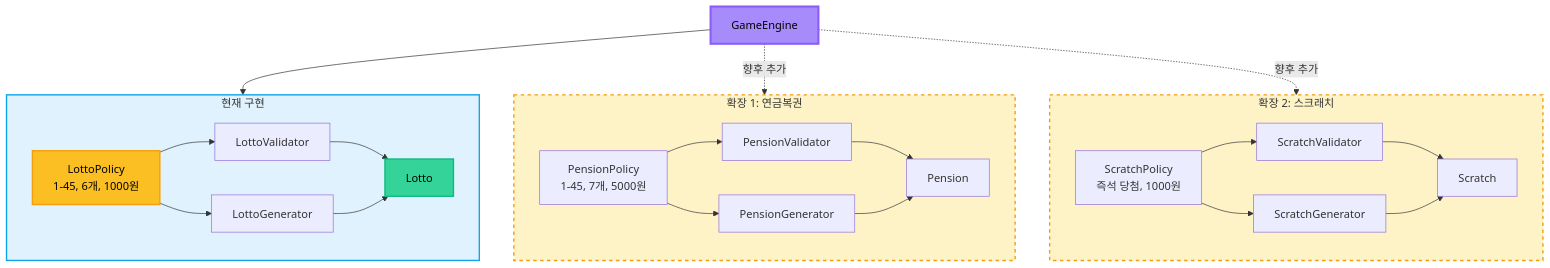
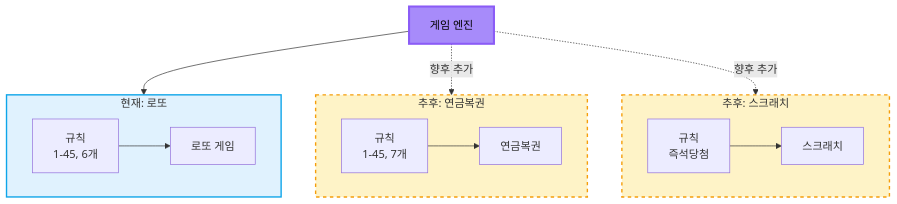
The second of 5 diagrams in README.md (luminox93/java-lotto-8), drawn with Mermaid before and after one commit. The commit also changed other lines of this file, not shown here.

````diff
--- a/README.md
+++ b/README.md
@@ -118,34 +69,23 @@
 ```mermaid
 graph TB
-    subgraph Current[현재 구현]
-        LP[LottoPolicy<br/>1-45, 6개, 1000원] --> LV[LottoValidator]
-        LP --> LG[LottoGenerator]
-        LV --> L[Lotto]
-        LG --> L
+    subgraph Current[현재: 로또]
+        LottoRule[규칙<br/>1-45, 6개] --> LottoGame[로또 게임]
     end
 
-    subgraph Future1[확장 1: 연금복권]
-        PP[PensionPolicy<br/>1-45, 7개, 5000원] --> PV[PensionValidator]
-        PP --> PGN[PensionGenerator]
-        PV --> P[Pension]
-        PGN --> P
+    subgraph Future1[추후: 연금복권]
+        PensionRule[규칙<br/>1-45, 7개] --> PensionGame[연금복권]
     end
 
-    subgraph Future2[확장 2: 스크래치]
-        SP[ScratchPolicy<br/>즉석 당첨, 1000원] --> SV[ScratchValidator]
-        SP --> SG[ScratchGenerator]
-        SV --> S[Scratch]
-        SG --> S
+    subgraph Future2[추후: 스크래치]
+        ScratchRule[규칙<br/>즉석당첨] --> ScratchGame[스크래치]
     end
 
-    Engine[GameEngine] --> Current
-    Engine -.향후 추가.-> Future1
-    Engine -.향후 추가.-> Future2
+    GameEngine[게임 엔진] --> Current
+    GameEngine -.향후 추가.-> Future1
+    GameEngine -.향후 추가.-> Future2
 
     style Current fill:#e0f2fe,stroke:#0ea5e9,stroke-width:2px
     style Future1 fill:#fef3c7,stroke:#f59e0b,stroke-width:2px,stroke-dasharray: 5 5
     style Future2 fill:#fef3c7,stroke:#f59e0b,stroke-width:2px,stroke-dasharray: 5 5
-    style LP fill:#fbbf24,stroke:#f59e0b,stroke-width:2px,color:#000
-    style L fill:#34d399,stroke:#10b981,stroke-width:2px,color:#000
-    style Engine fill:#a78bfa,stroke:#8b5cf6,stroke-width:3px,color:#000
+    style GameEngine fill:#a78bfa,stroke:#8b5cf6,stroke-width:3px,color:#000
 ```
````
